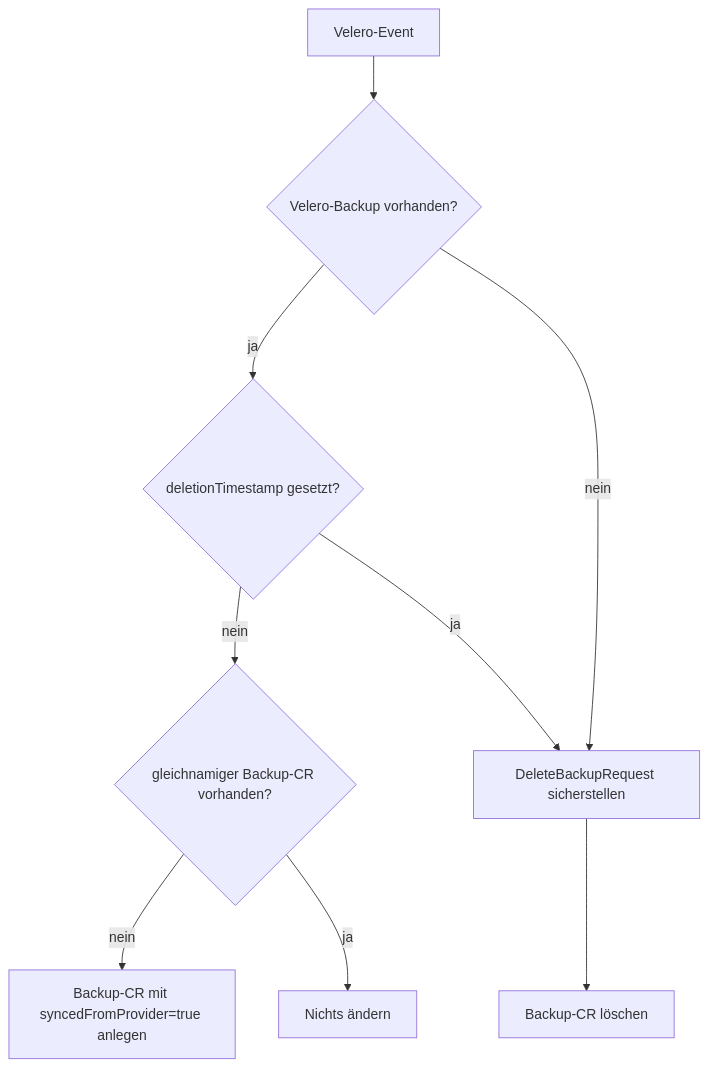
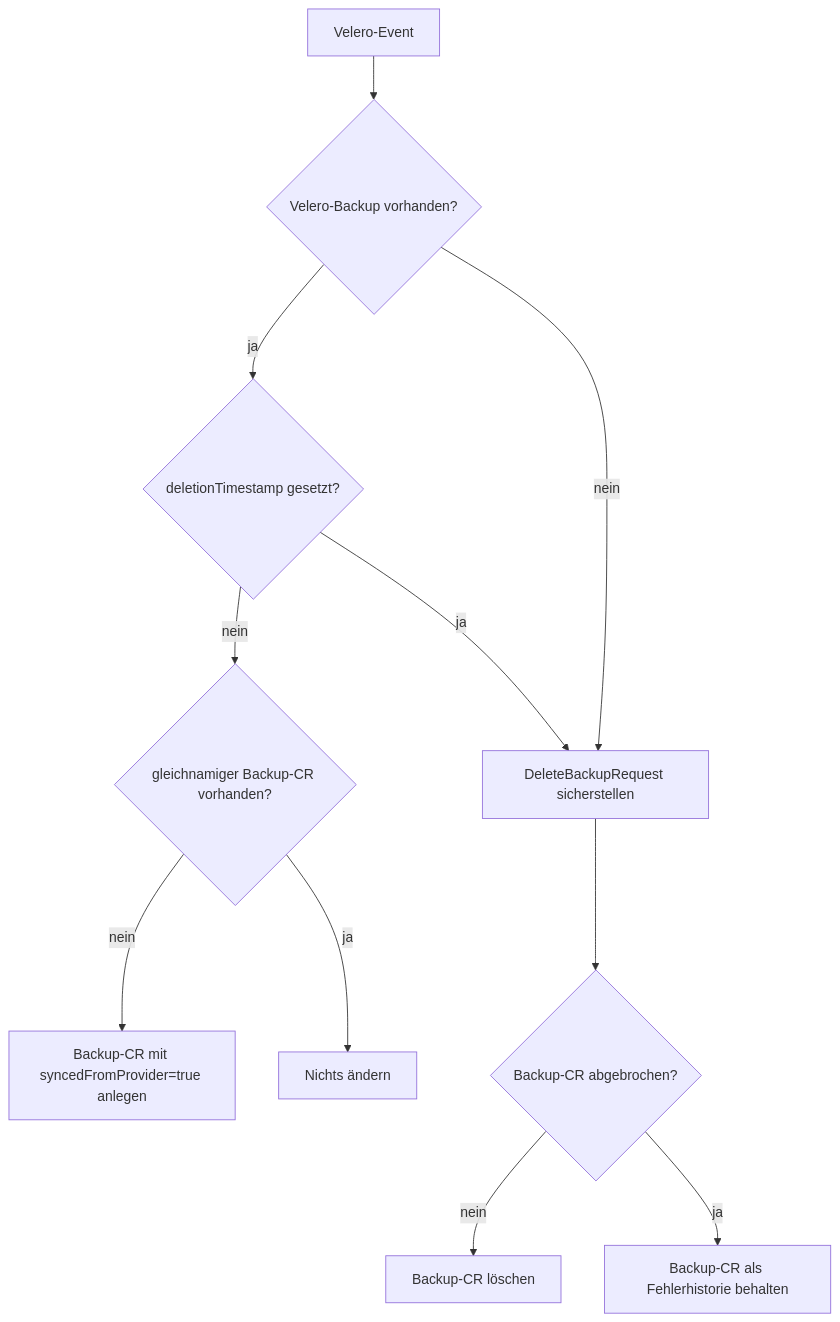
The third of 4 diagrams in docs/development/backup/backup_process_de.md (cloudogu/k8s-backup-operator), drawn with Mermaid before and after one commit. The commit also changed other lines of this file and 4 other files, not shown here.

````diff
--- a/docs/development/backup/backup_process_de.md
+++ b/docs/development/backup/backup_process_de.md
@@ -232,11 +246,13 @@
 ```mermaid
 flowchart TD
     A[Velero-Event] --> B{Velero-Backup vorhanden?}
     B -- ja --> C{deletionTimestamp gesetzt?}
     C -- nein --> D{gleichnamiger Backup-CR vorhanden?}
     D -- nein --> E[Backup-CR mit syncedFromProvider=true anlegen]
     D -- ja --> F[Nichts ändern]
     C -- ja --> G[DeleteBackupRequest sicherstellen]
-    G --> H[Backup-CR löschen]
+    G --> H{Backup-CR abgebrochen?}
+    H -- nein --> I[Backup-CR löschen]
+    H -- ja --> J[Backup-CR als Fehlerhistorie behalten]
     B -- nein --> G
 ```
````
